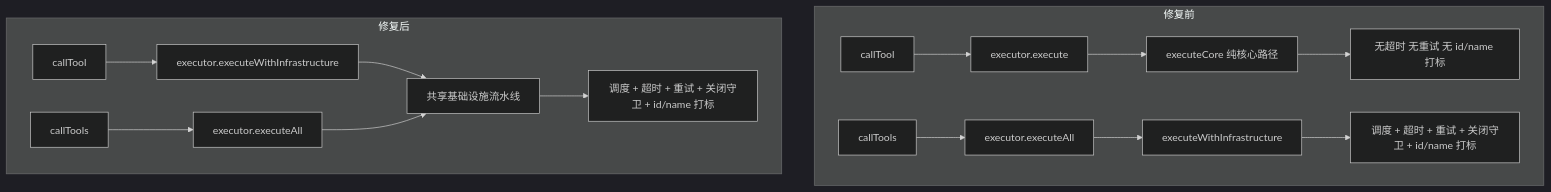
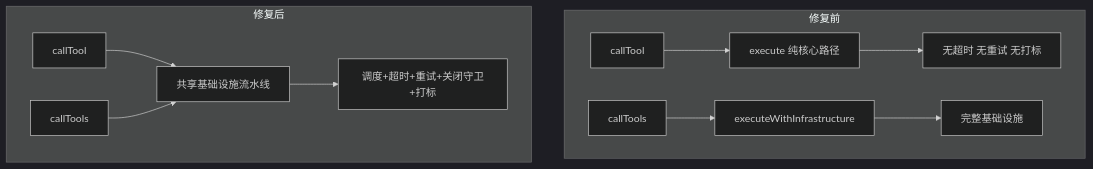
Before and after one commit to yznn007/Gomatch: the diagram in my-first-git-blog/my-first-git-blog.md, drawn with Mermaid (dark theme). The commit also changed other lines of this file and 6 other files, not shown here.

````diff
--- a/my-first-git-blog/my-first-git-blog.md
+++ b/my-first-git-blog/my-first-git-blog.md
@@ -102,18 +67,14 @@
 ```mermaid
 flowchart TB
     subgraph Before["修复前"]
-        A1[callTool] --> B1[executor.execute]
-        B1 --> C1[executeCore 纯核心路径]
-        C1 --> D1[无超时 无重试 无 id/name 打标]
-        A2[callTools] --> B2[executor.executeAll]
-        B2 --> C2[executeWithInfrastructure]
-        C2 --> D2[调度 + 超时 + 重试 + 关闭守卫 + id/name 打标]
+        A1[callTool] --> B1[execute 纯核心路径]
+        B1 --> C1[无超时 无重试 无打标]
+        A2[callTools] --> B2[executeWithInfrastructure]
+        B2 --> C2[完整基础设施]
     end
     subgraph After["修复后"]
-        E1[callTool] --> F1[executor.executeWithInfrastructure]
-        F1 --> G1[共享基础设施流水线]
-        E2[callTools] --> F2[executor.executeAll]
-        F2 --> G1
-        G1 --> H1[调度 + 超时 + 重试 + 关闭守卫 + id/name 打标]
+        E1[callTool] --> G[共享基础设施流水线]
+        E2[callTools] --> G
+        G --> H[调度+超时+重试+关闭守卫+打标]
     end
 ```
````
